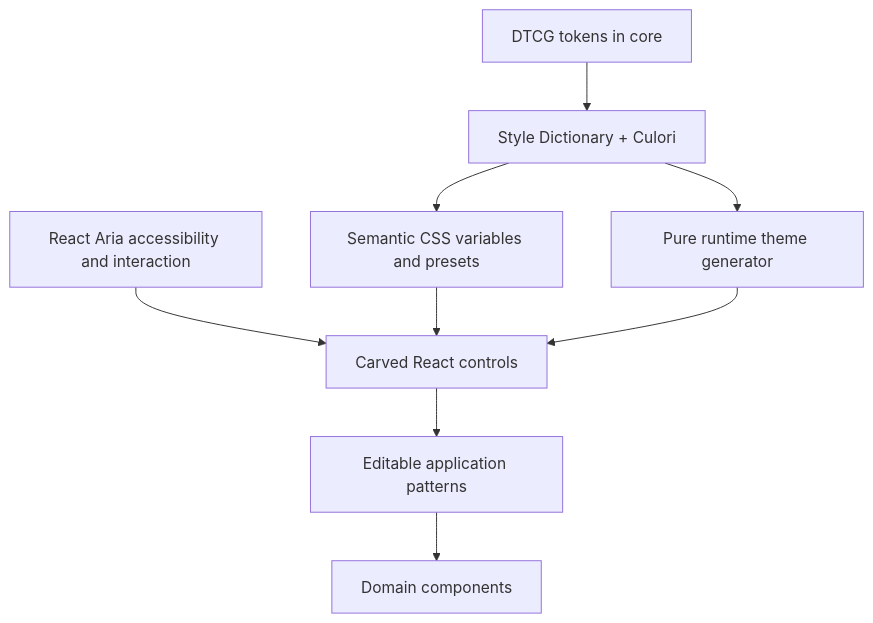
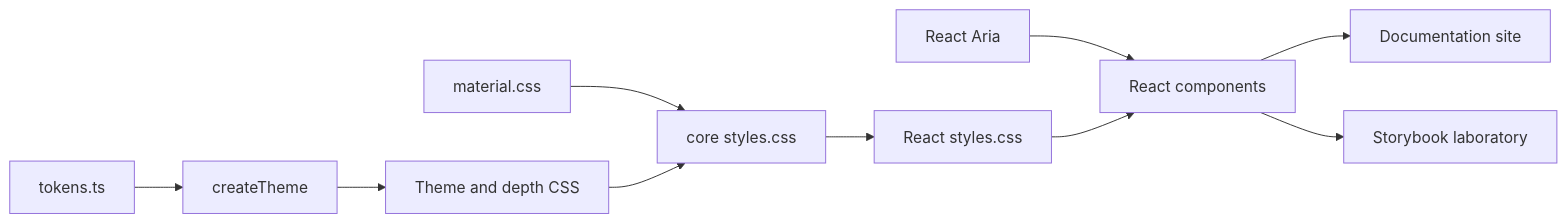
The diagram in docs/architecture.md (plurid/carved-ui), drawn with Mermaid before and after one commit. The commit also changed other lines of this file and 188 other files, not shown here.

````diff
--- a/docs/architecture.md
+++ b/docs/architecture.md
@@ -5,11 +5,12 @@
 ```mermaid
-flowchart TD
-  Tokens[DTCG tokens in core] --> Generation[Style Dictionary + Culori]
-  Generation --> CSS[Semantic CSS variables and presets]
-  Generation --> Runtime[Pure runtime theme generator]
-  Aria[React Aria accessibility and interaction] --> React[Carved React controls]
-  CSS --> React
-  Runtime --> React
-  React --> Recipes[Editable application patterns]
-  Recipes --> Application[Domain components]
+flowchart LR
+  Tokens[tokens.ts] --> Engine[createTheme]
+  Engine --> CSS[Theme and depth CSS]
+  Material[material.css] --> Stylesheet
+  CSS --> Stylesheet[core styles.css]
+  Stylesheet --> React[React styles.css]
+  Aria[React Aria] --> Components[React components]
+  React --> Components
+  Components --> Site[Documentation site]
+  Components --> Lab[Storybook laboratory]
 ```
````
